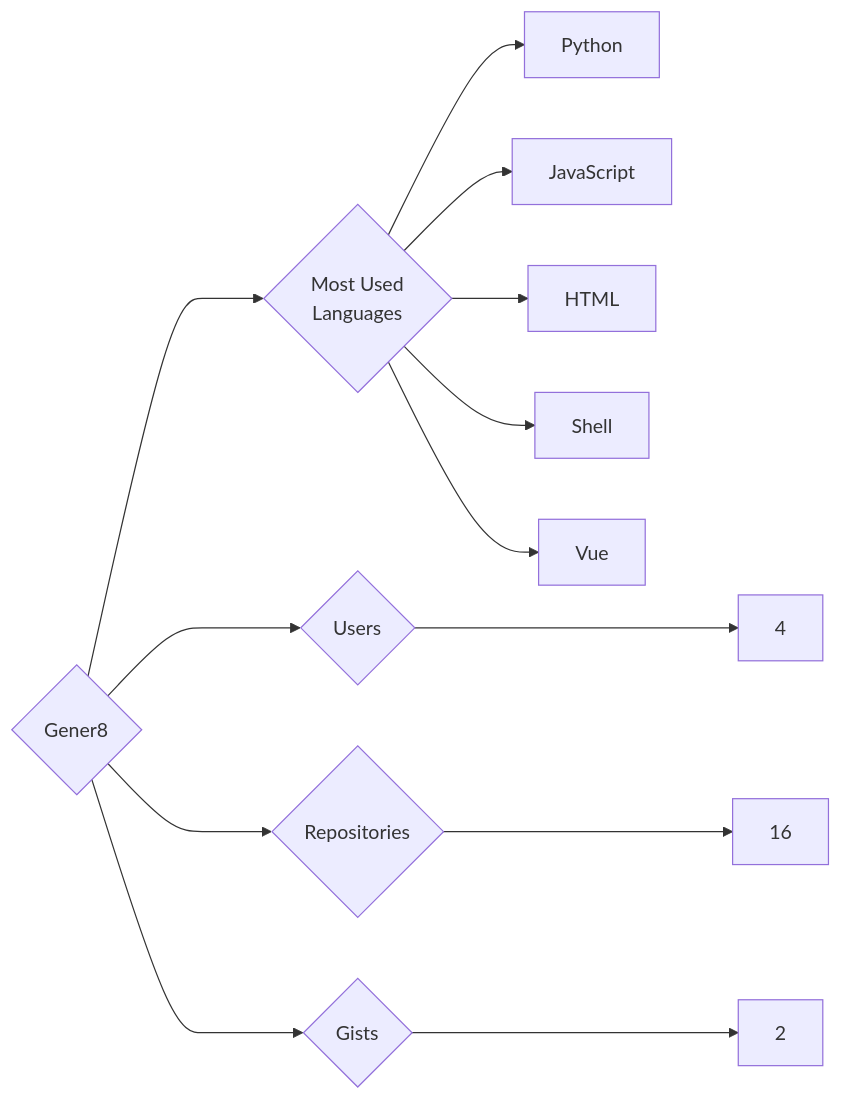
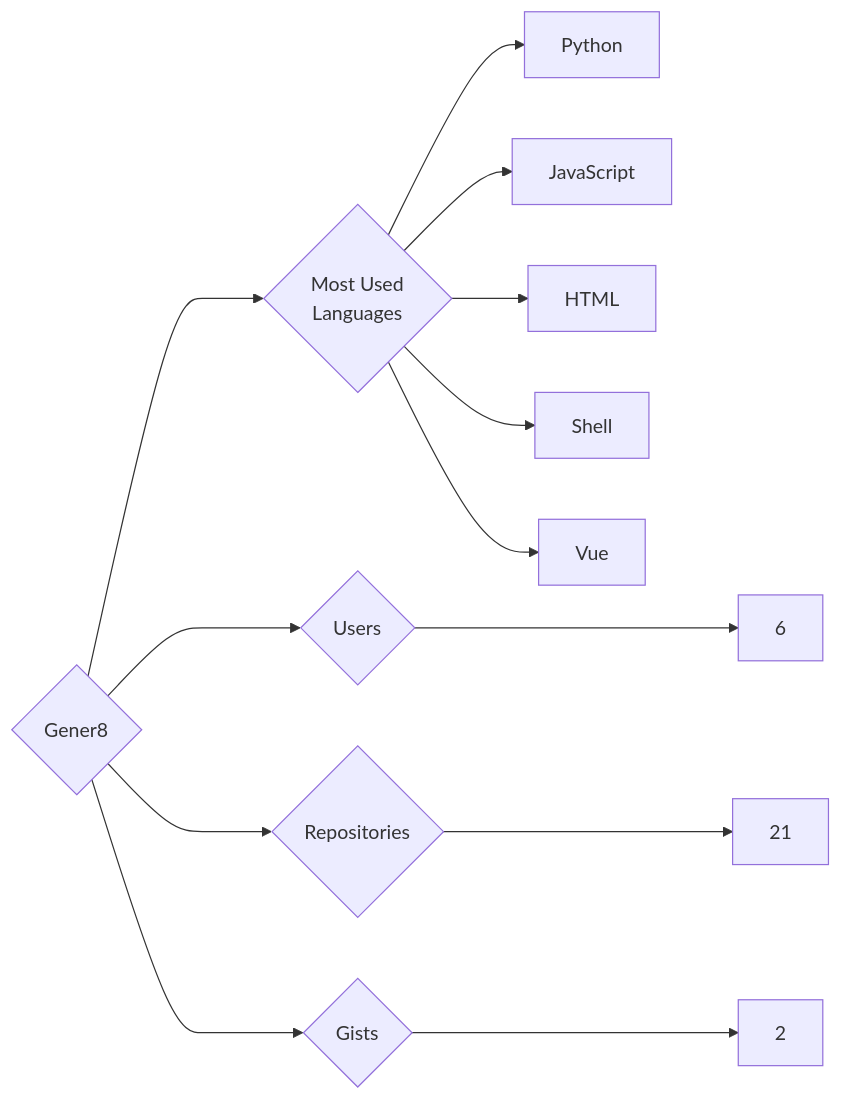
The diagram in targets/Gener8/README.md (trickest/insiders), drawn with Mermaid before and after one commit. The commit also changed 1084 other files, not shown here.

````diff
--- a/targets/Gener8/README.md
+++ b/targets/Gener8/README.md
@@ -3,13 +3,13 @@
 ```mermaid
 graph LR
 COMPANY_NAME{Gener8}
-COMPANY_NAME ---> U{Users} ---> UN[4]
-COMPANY_NAME ---> R{Repositories} ---> RN[16]
+COMPANY_NAME ---> U{Users} ---> UN[6]
+COMPANY_NAME ---> R{Repositories} ---> RN[21]
 COMPANY_NAME ---> G{Gists} ---> GN[2]
 COMPANY_NAME ---> ML{Most Used<br>Languages}
 ML --> Python[Python]
 ML --> JavaScript[JavaScript]
 ML --> HTML[HTML]
 ML --> Shell[Shell]
 ML --> Vue[Vue]
 ```
````
